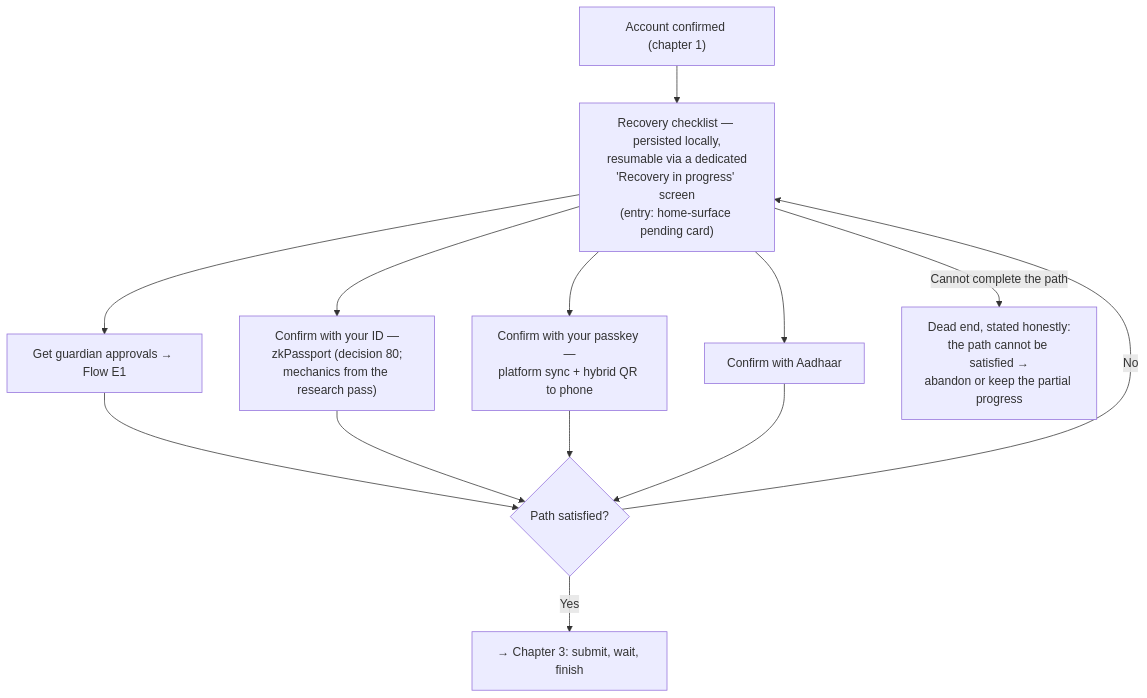
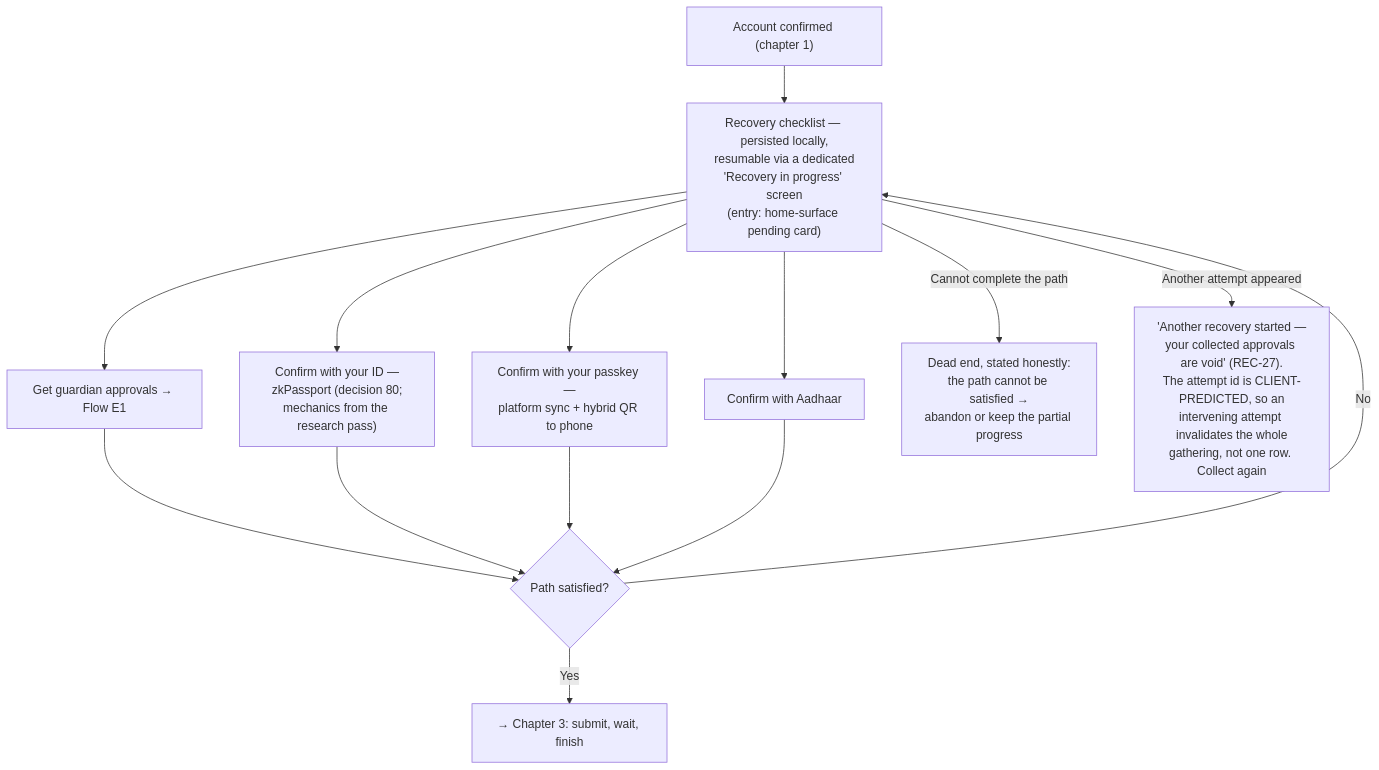
The sixth of 14 diagrams in social-recovery-ux-flows.md (FiboAtWonder/kohaku-extension), drawn with Mermaid before and after one commit. The commit also changed other lines of this file and 5 other files, not shown here.

````diff
--- a/social-recovery-ux-flows.md
+++ b/social-recovery-ux-flows.md
@@ -205,17 +235,18 @@
 ```mermaid
 flowchart TD
     F["Account confirmed (chapter 1)"] --> G["Recovery checklist — persisted locally,<br/>resumable via a dedicated<br/>'Recovery in progress' screen<br/>(entry: home-surface pending card)"]
     G --> G1[Get guardian approvals → Flow E1]
     G --> G2["Confirm with your ID —<br/>zkPassport (decision 80;<br/>mechanics from the research pass)"]
     G --> G3["Confirm with your passkey —<br/>platform sync + hybrid QR to phone"]
     G --> G4[Confirm with Aadhaar]
     G -->|Cannot complete the path| SW["Dead end, stated honestly:<br/>the path cannot be satisfied →<br/>abandon or keep the partial progress"]
+    G -->|Another attempt appeared| AV["'Another recovery started —<br/>your collected approvals are void' (REC-27).<br/>The attempt id is CLIENT-PREDICTED, so an<br/>intervening attempt invalidates the whole<br/>gathering, not one row. Collect again"]
     G1 --> H{"Path satisfied?"}
     G2 --> H
     G3 --> H
     G4 --> H
     H -- No --> G
     H -- Yes --> NEXT["→ Chapter 3: submit, wait, finish"]
 
     click G1 href "#flow-e1--sync-off-chain-signature-passing--default"
 ```
````
